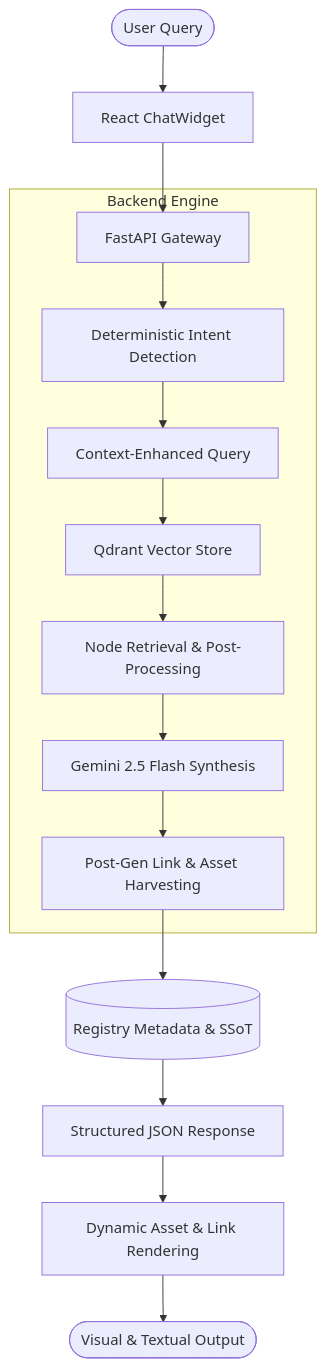
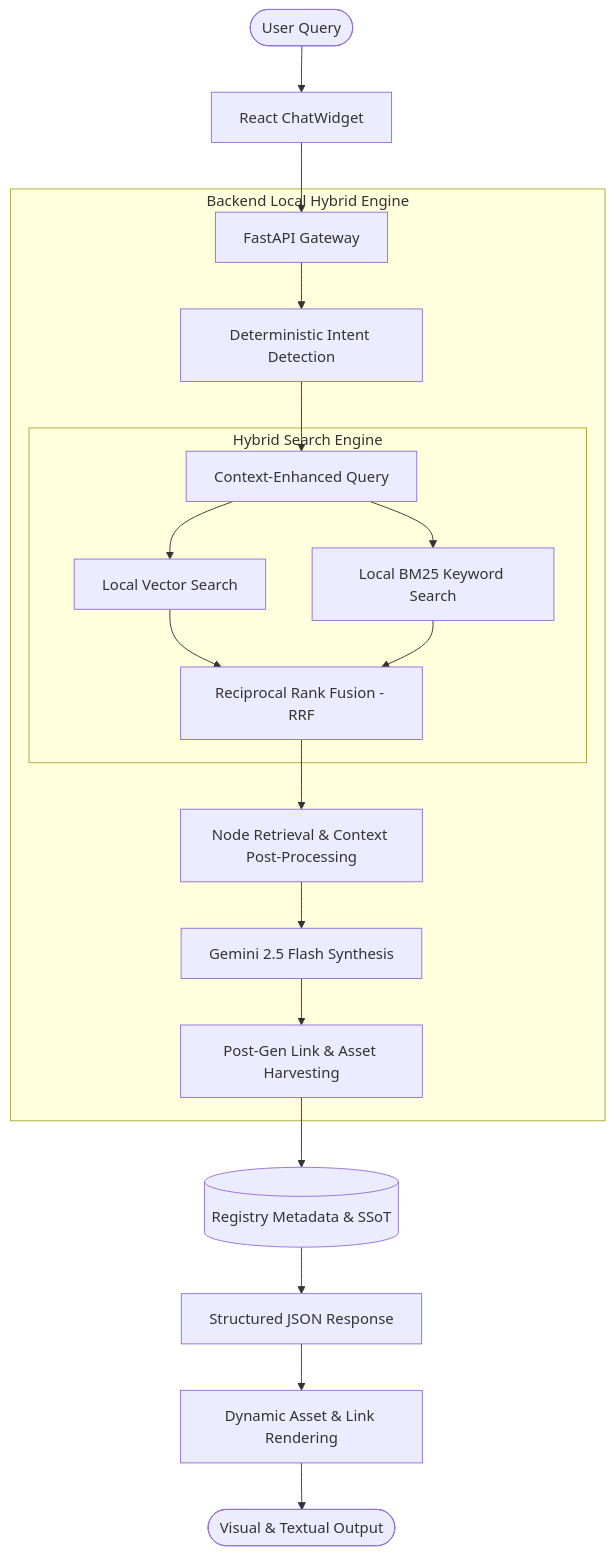
Before and after one commit to alessandrodelmoro9/life-festival-website: the diagram in README.md, drawn with Mermaid. The commit also changed other lines of this file and 6 other files, not shown here.

Commit message:
refactor: Local Hybrid RAG with LlamaIndex BM25 zero-cost

````diff
--- a/README.md
+++ b/README.md
@@ -13,19 +13,26 @@
 ```mermaid
 graph TD
     User([User Query]) --> Frontend[React ChatWidget]
     Frontend --> API[FastAPI Gateway]
     
-    subgraph Backend Engine
+    subgraph Backend Local Hybrid Engine
         API --> Intent[Deterministic Intent Detection]
         Intent --> Query[Context-Enhanced Query]
-        Query --> Qdrant[Qdrant Vector Store]
-        Qdrant --> Retrieval[Node Retrieval & Post-Processing]
+        
+        subgraph Hybrid Search Engine
+            Query --> VectorSearch[Local Vector Search]
+            Query --> BM25Search[Local BM25 Keyword Search]
+            VectorSearch --> RRF[Reciprocal Rank Fusion - RRF]
+            BM25Search --> RRF
+        end
+        
+        RRF --> Retrieval[Node Retrieval & Context Post-Processing]
         Retrieval --> LLM[Gemini 2.5 Flash Synthesis]
         LLM --> Harvesting[Post-Gen Link & Asset Harvesting]
     end
     
     Harvesting --> Registry[(Registry Metadata & SSoT)]
     Registry --> Response[Structured JSON Response]
     Response --> UI[Dynamic Asset & Link Rendering]
     UI --> Delivery([Visual & Textual Output])
 ```
````
